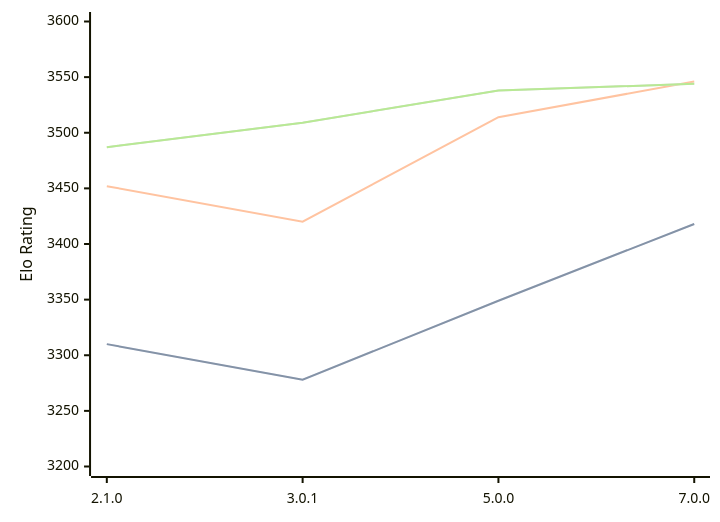
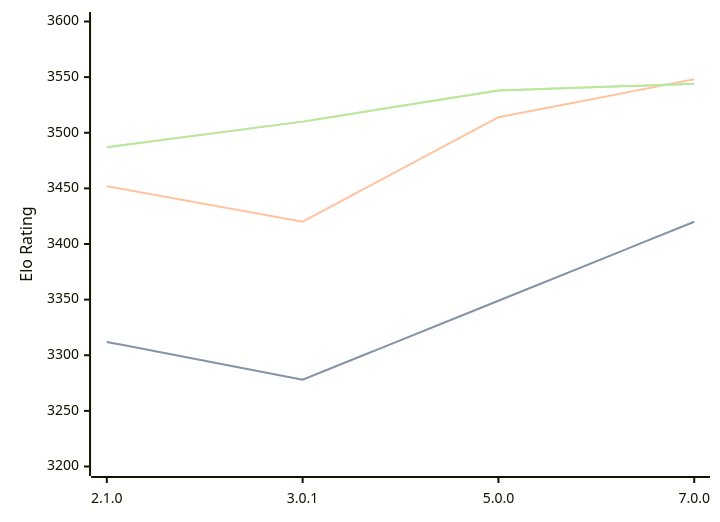
One commit to computer-chess-index/cci changed the first of 3 diagrams in engines/PlentyChess.md. Above: the diagram before and after it, drawn with Mermaid. The commit also changed other lines of this file, not shown here.

Commit message:
Update CCI Ratings (ELO VLTC) - 2026-06-16

````diff
--- a/engines/PlentyChess.md
+++ b/engines/PlentyChess.md
@@ -45,11 +45,11 @@
 ```mermaid
 %%{init: {"theme":"base","themeVariables":{"seriesColors:['#a3a3a3','#222221','#faa371']}}}%%
 xychart-beta
   x-axis ["2.1.0", "3.0.1", "5.0.0", "7.0.0"]
   y-axis "Elo Rating" 3200 --> 3600
-  line "STC (8.0+0.08s)" [3310, 3278, 3349, 3418]
-  line "STC (8.0+0.08s)" [3310, 3278, 3349, 3418]
-  line "LTC (60.0+0.60s)" [3452, 3420, 3514, 3546]
-  line "VLTC (2m24s+1.12s)" [3487, 3509, 3538, 3544]
-  line "VLTC (2m24s+1.12s)" [3487, 3509, 3538, 3544]
+  line "STC (8.0+0.08s)" [3312, 3278, 3349, 3420]
+  line "STC (8.0+0.08s)" [3312, 3278, 3349, 3420]
+  line "LTC (60.0+0.60s)" [3452, 3420, 3514, 3548]
+  line "VLTC (2m24s+1.12s)" [3487, 3510, 3538, 3544]
+  line "VLTC (2m24s+1.12s)" [3487, 3510, 3538, 3544]
 ```
````
